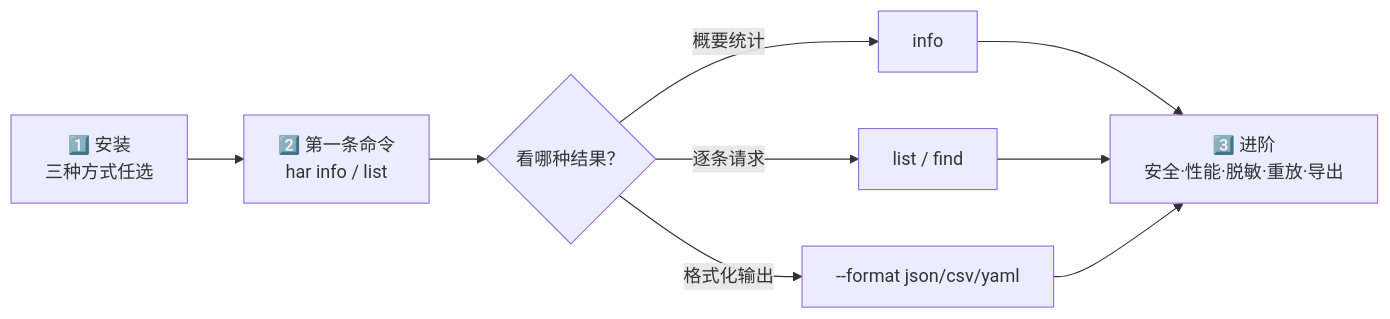
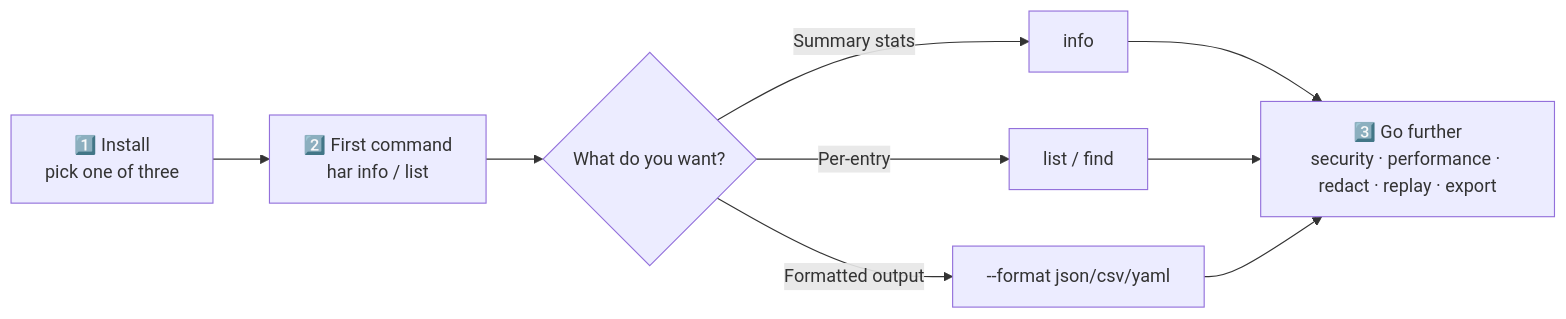
Before and after one commit to hitechcloud-vietnam/har-skills: the first of 2 diagrams in website/zh/quick-start.md, drawn with Mermaid. The commit also changed other lines of this file and 97 other files, not shown here.

````diff
--- a/website/zh/quick-start.md
+++ b/website/zh/quick-start.md
@@ -10,9 +10,9 @@
 ```mermaid
 flowchart LR
-  A["1️⃣ 安装<br/>三种方式任选"] --> B["2️⃣ 第一条命令<br/>har info / list"]
-  B --> C{"看哪种结果？"}
-  C -->|"概要统计"| D1["info"]
-  C -->|"逐条请求"| D2["list / find"]
-  C -->|"格式化输出"| D3["--format json/csv/yaml"]
-  D1 & D2 & D3 --> E["3️⃣ 进阶<br/>安全·性能·脱敏·重放·导出"]
+  A["1️⃣ Install<br/>pick one of three"] --> B["2️⃣ First command<br/>har info / list"]
+  B --> C{"What do you want?"}
+  C -->|"Summary stats"| D1["info"]
+  C -->|"Per-entry"| D2["list / find"]
+  C -->|"Formatted output"| D3["--format json/csv/yaml"]
+  D1 & D2 & D3 --> E["3️⃣ Go further<br/>security · performance · redact · replay · export"]
 ```
````
